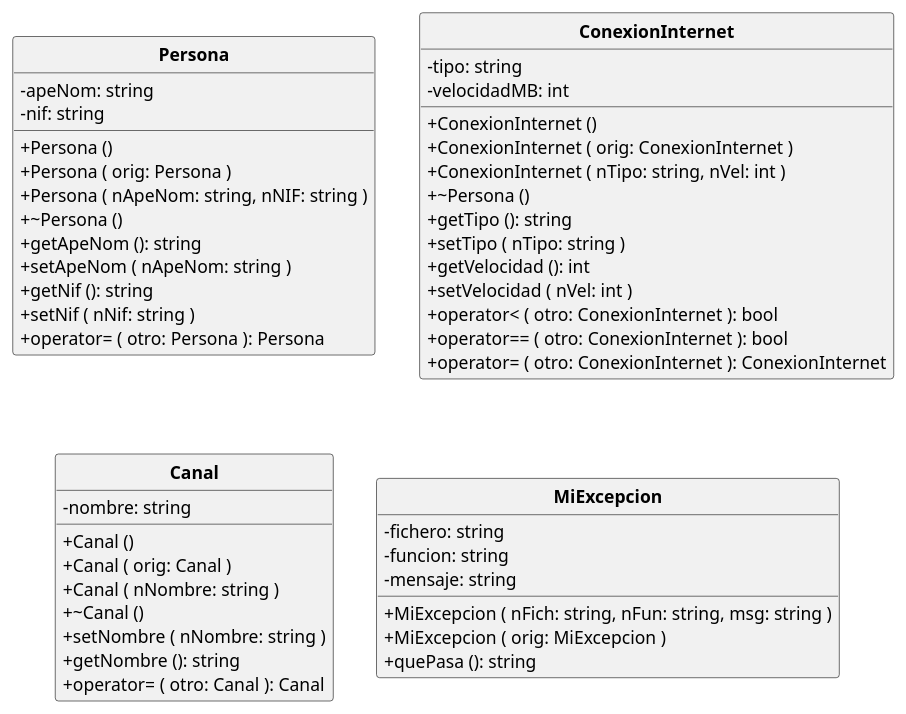
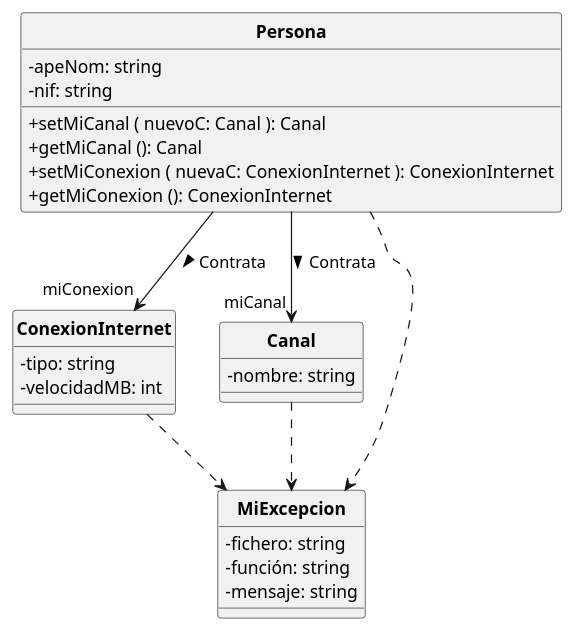
The diagram in PooFusion.puml (POOUJA/PooFusion), drawn with PlantUML before and after one commit. The commit also changed 1 other file, not shown here.

Commit message:
UML para la sesión 3_1
- Modificados los diagramas de clases en formato PlantUML y UMLet

```diff
--- a/PooFusion.puml
+++ b/PooFusion.puml
@@ -1,57 +1,37 @@
 @startuml
 
 hide circle
 skinparam classattributeiconsize 0
 skinparam classFontStyle bold
 
 class Persona {
  - apeNom: string
  - nif: string
- + Persona ()
- + Persona ( orig: Persona )
- + Persona ( nApeNom: string, nNIF: string )
- + ~Persona ()
- + getApeNom (): string
- + setApeNom ( nApeNom: string )
- + getNif (): string
- + setNif ( nNif: string )
- + operator= ( otro: Persona ): Persona
+ + setMiCanal ( nuevoC: Canal ): Canal
+ + getMiCanal (): Canal
+ + setMiConexion ( nuevaC: ConexionInternet ): ConexionInternet
+ + getMiConexion (): ConexionInternet
 }
 
 class ConexionInternet {
  - tipo: string
  - velocidadMB: int
- + ConexionInternet ()
- + ConexionInternet ( orig: ConexionInternet )
- + ConexionInternet ( nTipo: string, nVel: int )
- + ~Persona ()
- + getTipo (): string
- + setTipo ( nTipo: string )
- + getVelocidad (): int
- + setVelocidad ( nVel: int )
- + operator< ( otro: ConexionInternet ): bool
- + operator== ( otro: ConexionInternet ): bool
- + operator= ( otro: ConexionInternet ): ConexionInternet
 }
 
 class Canal {
  - nombre: string
- + Canal ()
- + Canal ( orig: Canal )
- + Canal ( nNombre: string )
- + ~Canal ()
- + setNombre ( nNombre: string )
- + getNombre (): string
- + operator= ( otro: Canal ): Canal
 }
 
 class MiExcepcion{
  - fichero: string
- - funcion: string
+ - función: string
  - mensaje: string
- + MiExcepcion ( nFich: string, nFun: string, msg: string )
- + MiExcepcion ( orig: MiExcepcion )
- + quePasa (): string
 }
 
+Persona --> "miConexion" ConexionInternet: Contrata >
+Persona --> "miCanal" Canal: Contrata >
+Canal ..> MiExcepcion
+ConexionInternet ..> MiExcepcion
+Persona ..> MiExcepcion
+
 @enduml
```
